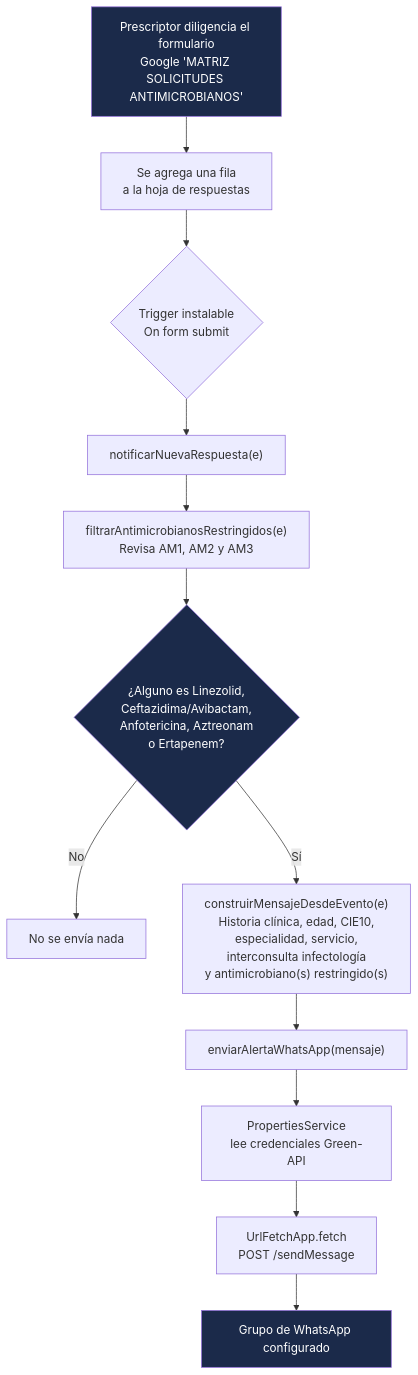
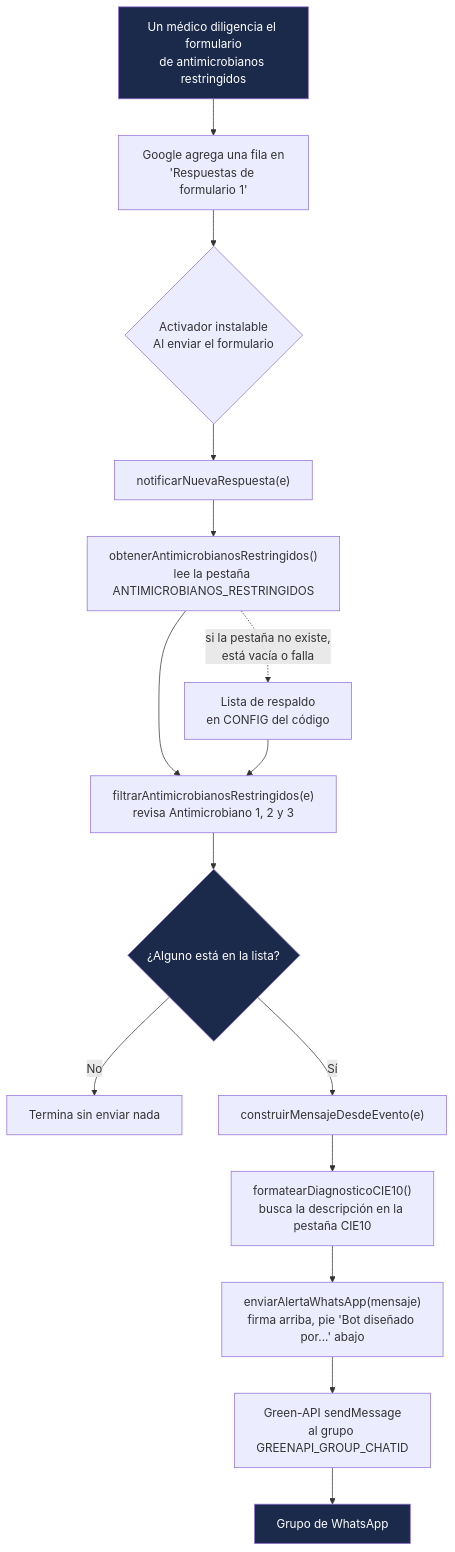
One commit to jsaavedran1-glitch/alertas-whatsapp-antimicrobianos changed the diagram in README.md. Above: the diagram before and after it, drawn with Mermaid. The commit also changed other lines of this file and 1 other file, not shown here.

First line of the commit message:
Documentar el flujo completo del bot en el README

````diff
--- a/README.md
+++ b/README.md
@@ -17,18 +16,21 @@
 ```mermaid
 flowchart TD
-    A["Prescriptor diligencia el formulario\nGoogle 'MATRIZ SOLICITUDES ANTIMICROBIANOS'"] --> B["Se agrega una fila\na la hoja de respuestas"]
-    B --> C{"Trigger instalable\nOn form submit"}
+    A["Un médico diligencia el formulario<br/>de antimicrobianos restringidos"] --> B["Google agrega una fila en<br/>'Respuestas de formulario 1'"]
+    B --> C{"Activador instalable<br/>Al enviar el formulario"}
     C --> D["notificarNuevaRespuesta(e)"]
-    D --> E["filtrarAntimicrobianosRestringidos(e)\nRevisa AM1, AM2 y AM3"]
-    E --> F{"¿Alguno es Linezolid,\nCeftazidima/Avibactam,\nAnfotericina, Aztreonam\no Ertapenem?"}
-    F -- No --> G["No se envía nada"]
-    F -- Sí --> H["construirMensajeDesdeEvento(e)\nHistoria clínica, edad, CIE10,\nespecialidad, servicio,\ninterconsulta infectología\ny antimicrobiano(s) restringido(s)"]
-    H --> I["enviarAlertaWhatsApp(mensaje)"]
-    I --> J["PropertiesService\nlee credenciales Green-API"]
-    J --> K["UrlFetchApp.fetch\nPOST /sendMessage"]
-    K --> L["Grupo de WhatsApp configurado"]
+    D --> E["obtenerAntimicrobianosRestringidos()<br/>lee la pestaña ANTIMICROBIANOS_RESTRINGIDOS"]
+    E -. "si la pestaña no existe,<br/>está vacía o falla" .-> E2["Lista de respaldo<br/>en CONFIG del código"]
+    E --> F["filtrarAntimicrobianosRestringidos(e)<br/>revisa Antimicrobiano 1, 2 y 3"]
+    E2 --> F
+    F --> G{"¿Alguno está en la lista?"}
+    G -- No --> H["Termina sin enviar nada"]
+    G -- Sí --> I["construirMensajeDesdeEvento(e)"]
+    I --> J["formatearDiagnosticoCIE10()<br/>busca la descripción en la pestaña CIE10"]
+    J --> K["enviarAlertaWhatsApp(mensaje)<br/>firma arriba, pie 'Bot diseñado por...' abajo"]
+    K --> L["Green-API sendMessage<br/>al grupo GREENAPI_GROUP_CHATID"]
+    L --> M["Grupo de WhatsApp"]
 
     style A fill:#1b2a4a,color:#fff
-    style F fill:#1b2a4a,color:#fff
-    style L fill:#1b2a4a,color:#fff
+    style G fill:#1b2a4a,color:#fff
+    style M fill:#1b2a4a,color:#fff
 ```
````
